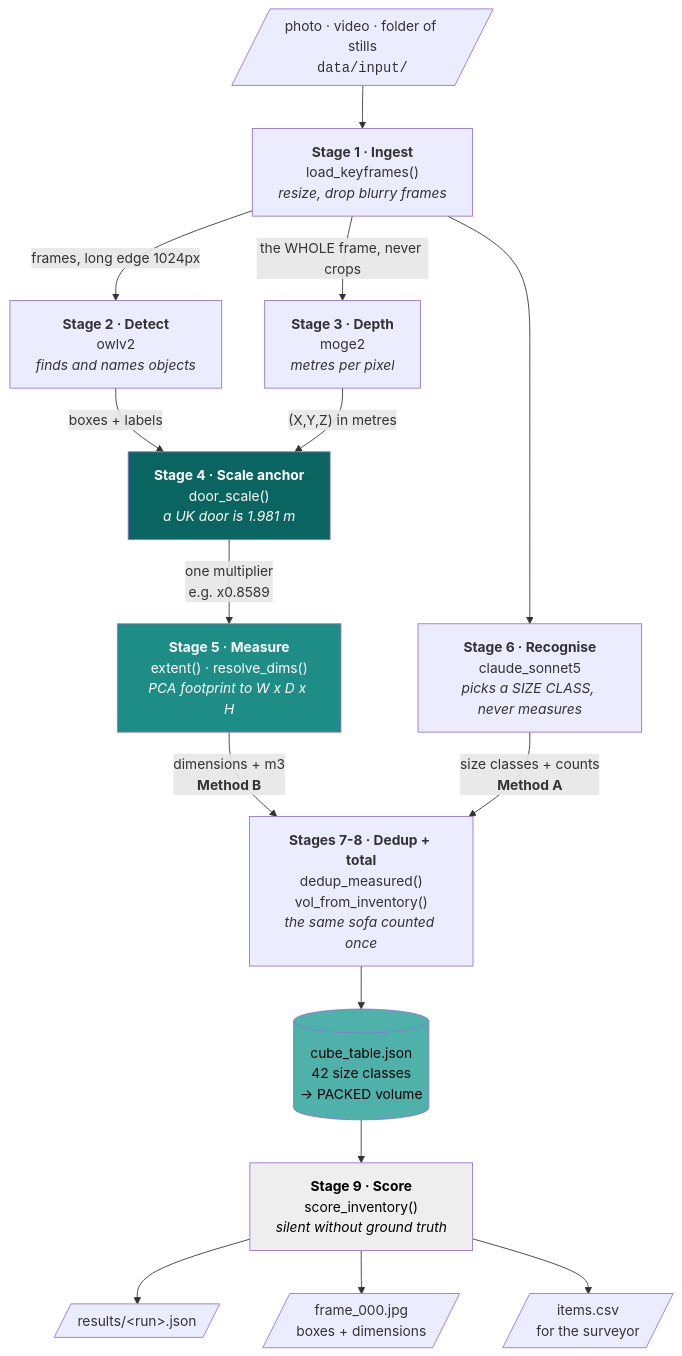
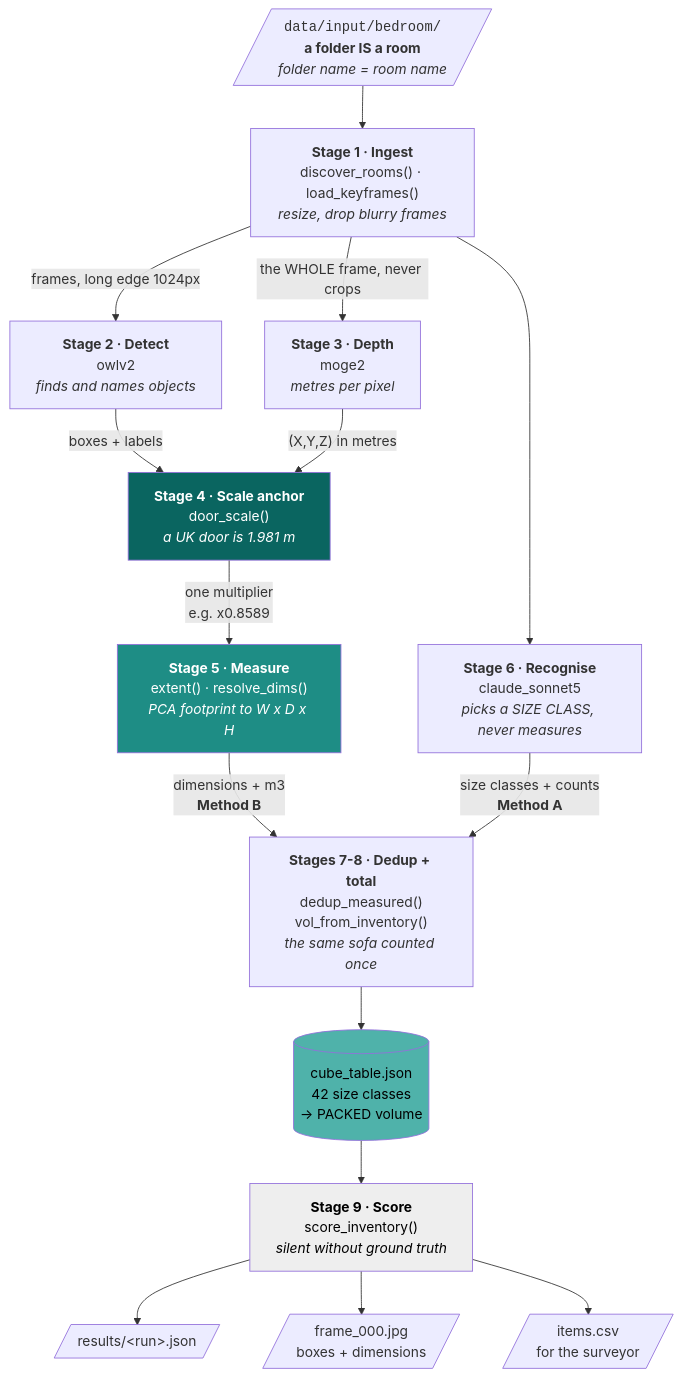
One commit to ikramHoque/object-with-dimention-detection changed the first of 2 diagrams in poc/pipelines/owlv2__moge2__sonnet5/DIAGRAM.md. Above: the diagram before and after it, drawn with Mermaid. The commit also changed other lines of this file and 51 other files, not shown here.

````diff
--- a/poc/pipelines/owlv2__moge2__sonnet5/DIAGRAM.md
+++ b/poc/pipelines/owlv2__moge2__sonnet5/DIAGRAM.md
@@ -34,32 +60,32 @@
 ```mermaid
 flowchart TD
-    IN[/"photo · video · folder of stills<br/><code>data/input/</code>"/]
-    IN --> S1["<b>Stage 1 · Ingest</b><br/>load_keyframes()<br/><i>resize, drop blurry frames</i>"]
+    IN[/"<code>data/input/bedroom/</code><br/><b>a folder IS a room</b><br/><i>folder name = room name</i>"/]
+    IN --> S1["<b>Stage 1 · Ingest</b><br/>discover_rooms() · load_keyframes()<br/><i>resize, drop blurry frames</i>"]
 
     S1 -->|"frames, long edge 1024px"| S2["<b>Stage 2 · Detect</b><br/>owlv2<br/><i>finds and names objects</i>"]
     S1 -->|"the WHOLE frame, never crops"| S3["<b>Stage 3 · Depth</b><br/>moge2<br/><i>metres per pixel</i>"]
 
     S2 -->|"boxes + labels"| S4
     S3 -->|"(X,Y,Z) in metres"| S4
     S4["<b>Stage 4 · Scale anchor</b><br/>door_scale()<br/><i>a UK door is 1.981 m</i>"]
     S4 -->|"one multiplier<br/>e.g. x0.8589"| S5
 
     S5["<b>Stage 5 · Measure</b><br/>extent() · resolve_dims()<br/><i>PCA footprint to W x D x H</i>"]
     S5 -->|"dimensions + m3<br/><b>Method B</b>"| S7
 
     S1 --> S6["<b>Stage 6 · Recognise</b><br/>claude_sonnet5<br/><i>picks a SIZE CLASS, never measures</i>"]
     S6 -->|"size classes + counts<br/><b>Method A</b>"| S7
 
     S7["<b>Stages 7-8 · Dedup + total</b><br/>dedup_measured()<br/>vol_from_inventory()<br/><i>the same sofa counted once</i>"]
     S7 --> CUBE[("cube_table.json<br/>42 size classes<br/>-> PACKED volume")]
     CUBE --> S9["<b>Stage 9 · Score</b><br/>score_inventory()<br/><i>silent without ground truth</i>"]
 
     S9 --> OUT1[/"results/&lt;run&gt;.json"/]
     S9 --> OUT2[/"frame_000.jpg<br/>boxes + dimensions"/]
     S9 --> OUT3[/"items.csv<br/>for the surveyor"/]
 
     style S4 fill:#0A6560,color:#fff
     style CUBE fill:#4FB2AA,color:#000
     style S5 fill:#1E8D85,color:#fff
     style S9 fill:#eeeeee,color:#000
 ```
````
